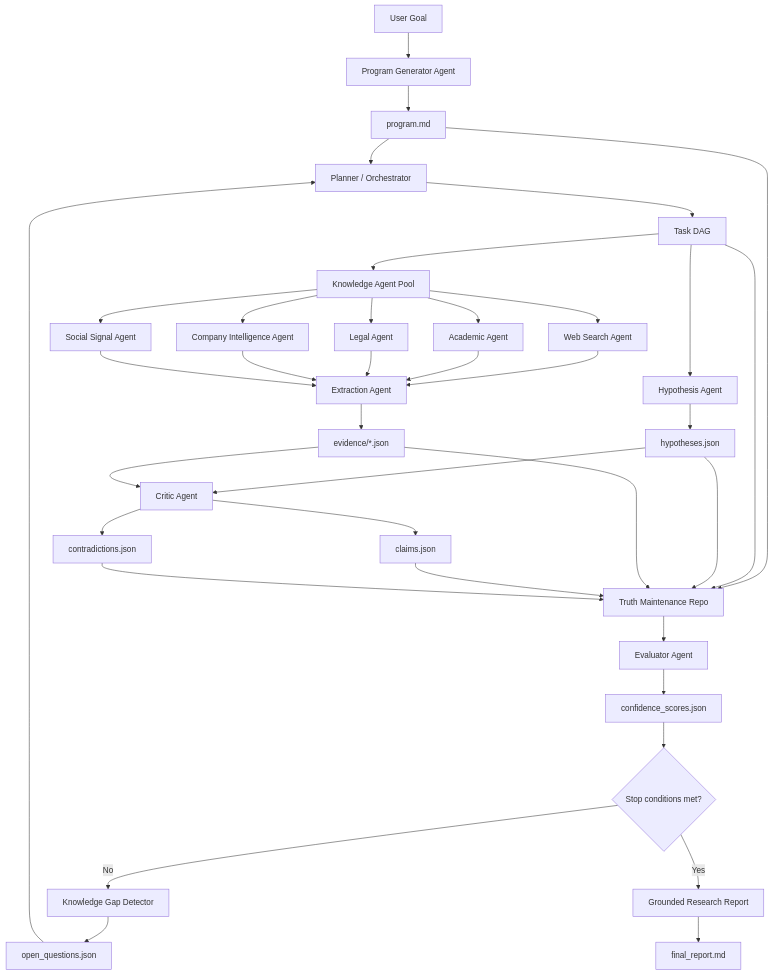
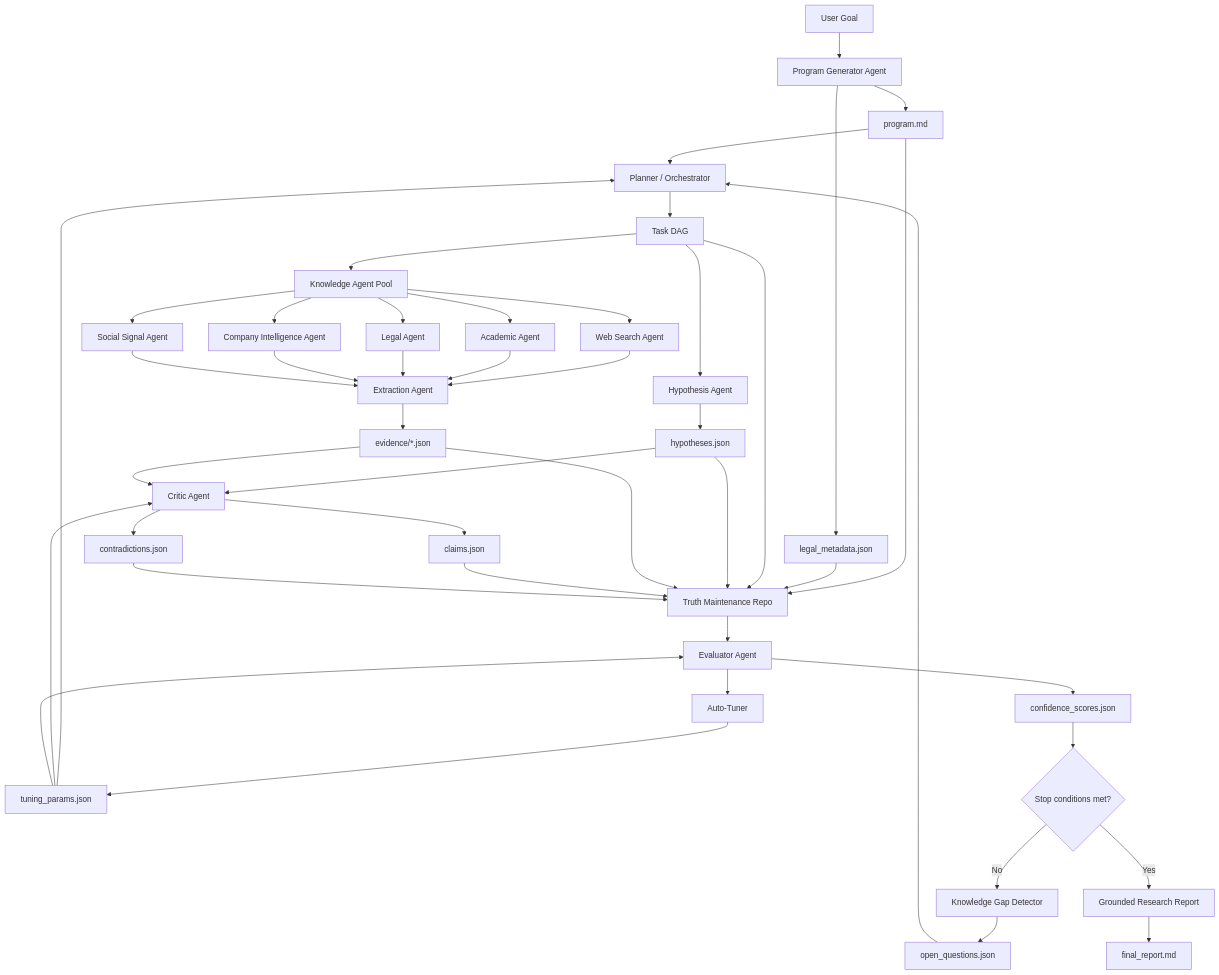
One commit to karthikeyaparunandi/legal-autoresearch-os changed the second of 2 diagrams in README.md. Above: the diagram before and after it, drawn with Mermaid. The commit also changed other lines of this file and 8 other files, not shown here.

Commit message:
Focus runtime on legal research tuning

````diff
--- a/README.md
+++ b/README.md
@@ -34,46 +36,53 @@
 ```mermaid
 flowchart TD
     goal["User Goal"] --> generator["Program Generator Agent"]
     generator --> program["program.md"]
+    generator --> legalMeta["legal_metadata.json"]
     program --> planner["Planner / Orchestrator"]
     planner --> tasks["Task DAG"]
 
     tasks --> hypotheses["Hypothesis Agent"]
     hypotheses --> hypothesisFile["hypotheses.json"]
 
     tasks --> knowledge["Knowledge Agent Pool"]
     knowledge --> web["Web Search Agent"]
     knowledge --> academic["Academic Agent"]
     knowledge --> legal["Legal Agent"]
     knowledge --> company["Company Intelligence Agent"]
     knowledge --> social["Social Signal Agent"]
     web --> extraction["Extraction Agent"]
     academic --> extraction
     legal --> extraction
     company --> extraction
     social --> extraction
     extraction --> evidence["evidence/*.json"]
 
     hypothesisFile --> critic["Critic Agent"]
     evidence --> critic
     critic --> contradictions["contradictions.json"]
     critic --> claims["claims.json"]
 
     program --> gt["Truth Maintenance Repo"]
+    legalMeta --> gt
     tasks --> gt
     hypothesisFile --> gt
     evidence --> gt
     claims --> gt
     contradictions --> gt
 
     gt --> evaluator["Evaluator Agent"]
     evaluator --> scores["confidence_scores.json"]
+    evaluator --> tuner["Auto-Tuner"]
+    tuner --> tuning["tuning_params.json"]
+    tuning --> planner
+    tuning --> critic
+    tuning --> evaluator
     scores --> stop{"Stop conditions met?"}
 
     stop -- "No" --> gaps["Knowledge Gap Detector"]
     gaps --> openQuestions["open_questions.json"]
     openQuestions --> planner
 
     stop -- "Yes" --> report["Grounded Research Report"]
     report --> finalReport["final_report.md"]
 ```
````
